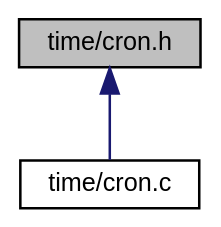
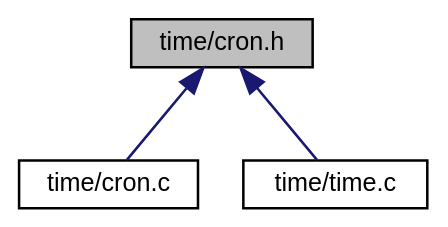
Before and after one commit to ebs-universe/piolib-time: the diagram in cron_8h__dep__incl.dot, drawn with Graphviz. The commit also changed 90 other files, not shown here.

```diff
--- a/cron_8h__dep__incl.dot
+++ b/cron_8h__dep__incl.dot
@@ -1,11 +1,13 @@
 digraph "time/cron.h"
 {
  // INTERACTIVE_SVG=YES
  // LATEX_PDF_SIZE
   bgcolor="transparent";
   edge [fontname="Helvetica",fontsize="10",labelfontname="Helvetica",labelfontsize="10"];
   node [fontname="Helvetica",fontsize="10",shape=record];
   Node1 [label="time/cron.h",height=0.2,width=0.4,color="black", fillcolor="grey75", style="filled", fontcolor="black",tooltip="Cron-like scheduling framework for embebedded systems."];
   Node1 -> Node2 [dir="back",color="midnightblue",fontsize="10",style="solid",fontname="Helvetica"];
   Node2 [label="time/cron.c",height=0.2,width=0.4,color="black",URL="$cron_8c.html",tooltip="Cron-like scheduling framework implementations."];
+  Node1 -> Node3 [dir="back",color="midnightblue",fontsize="10",style="solid",fontname="Helvetica"];
+  Node3 [label="time/time.c",height=0.2,width=0.4,color="black",URL="$time_8c.html",tooltip="Time related function implementations."];
 }
```
